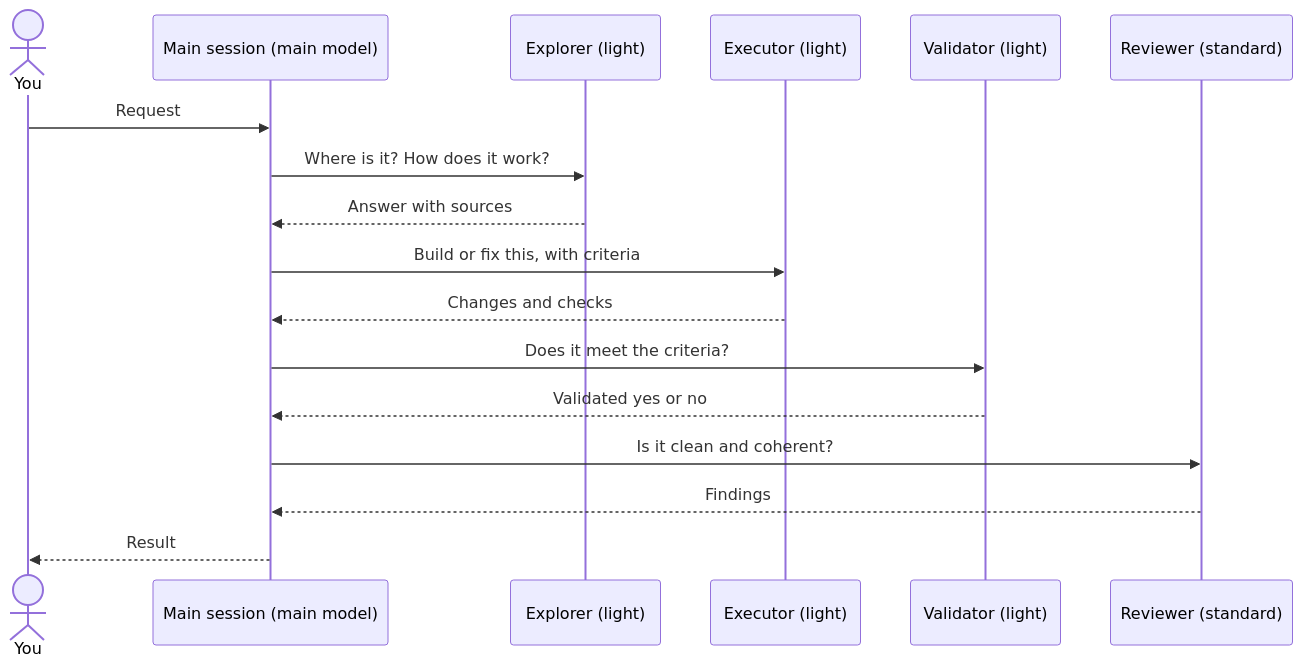
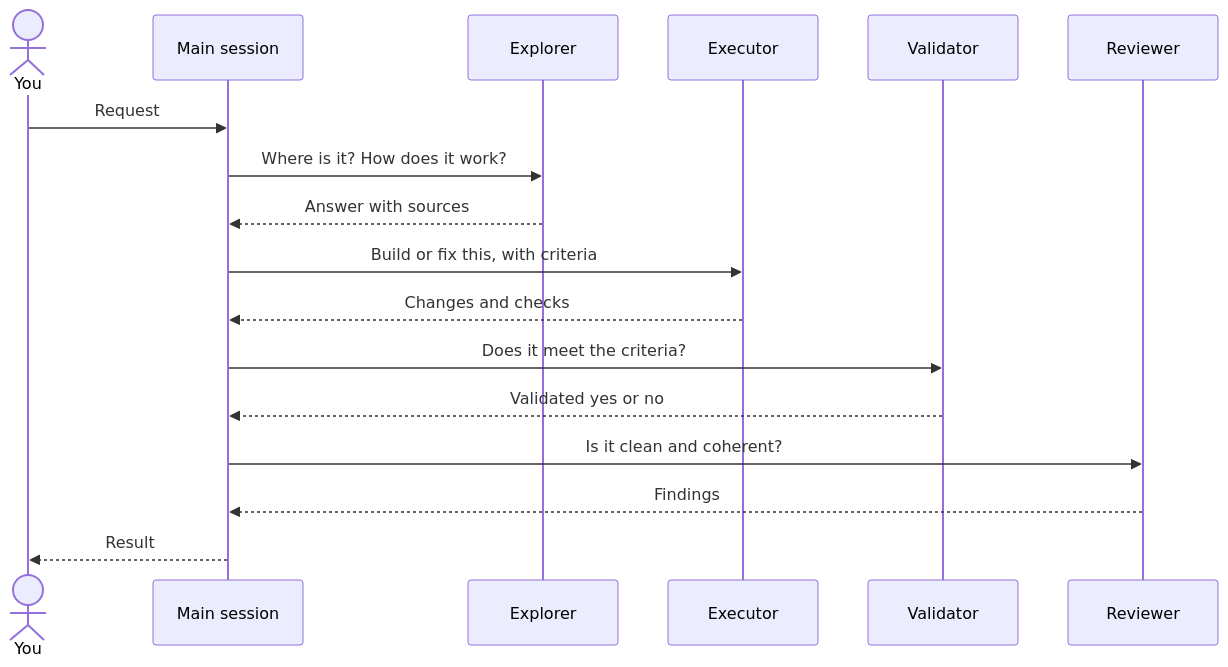
Before and after one commit to ai-driven-dev/framework: the diagram in docs/SUBAGENTS.md, drawn with Mermaid. The commit also changed other lines of this file and 69 other files, not shown here.

````diff
--- a/docs/SUBAGENTS.md
+++ b/docs/SUBAGENTS.md
@@ -18,19 +18,19 @@
 ```mermaid
 sequenceDiagram
   actor You
-  participant Main as Main session (main model)
-  participant Explorer as Explorer (light)
-  participant Executor as Executor (light)
-  participant Validator as Validator (light)
-  participant Reviewer as Reviewer (standard)
+  participant Main as Main session
+  participant Explorer
+  participant Executor
+  participant Validator
+  participant Reviewer
   You->>Main: Request
   Main->>Explorer: Where is it? How does it work?
   Explorer-->>Main: Answer with sources
   Main->>Executor: Build or fix this, with criteria
   Executor-->>Main: Changes and checks
   Main->>Validator: Does it meet the criteria?
   Validator-->>Main: Validated yes or no
   Main->>Reviewer: Is it clean and coherent?
   Reviewer-->>Main: Findings
   Main-->>You: Result
 ```
````
